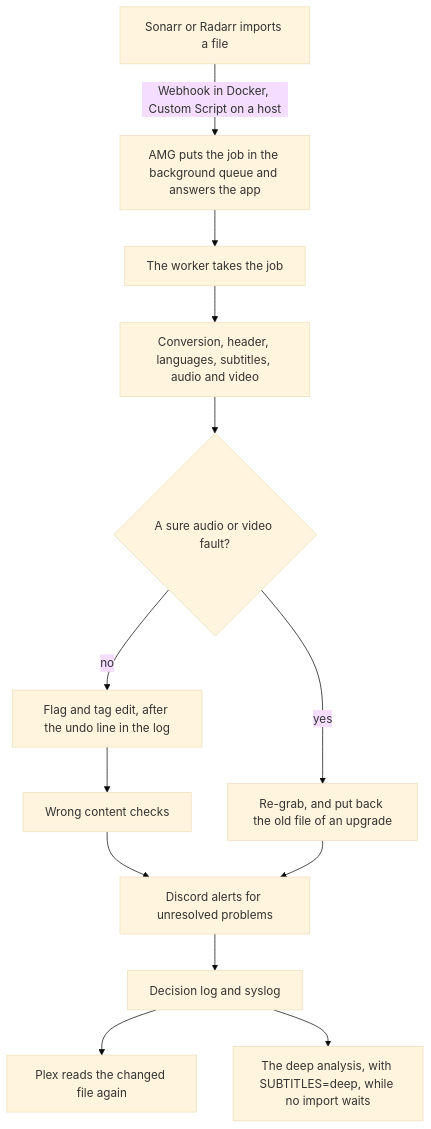
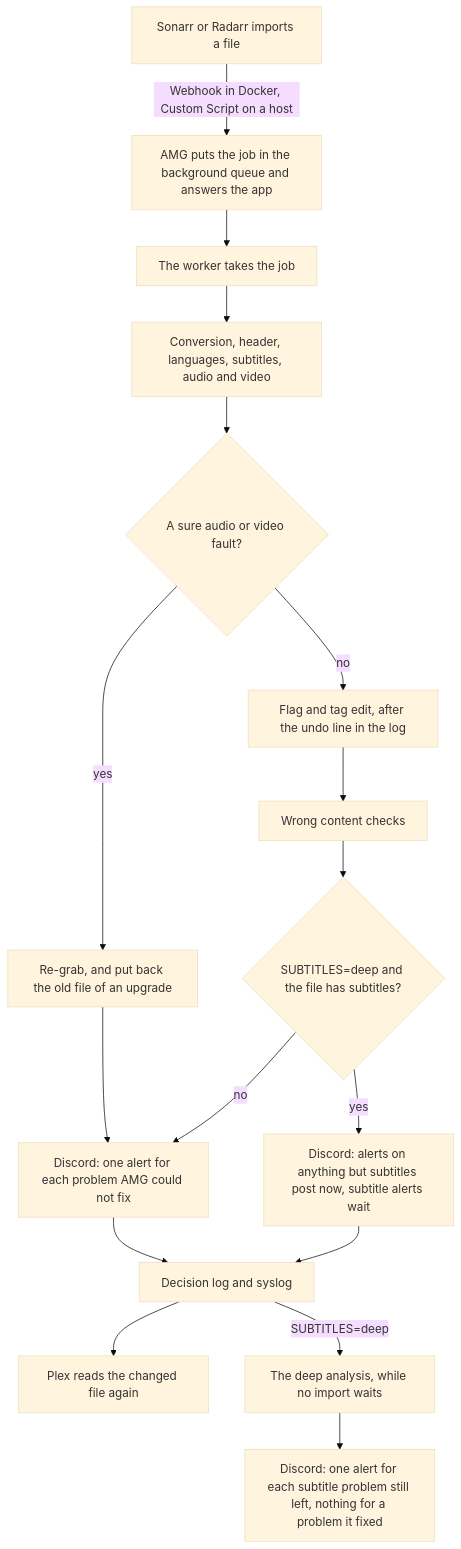
The diagram in docs/how-it-works.md (samwiseg0/arr-media-guard), drawn with Mermaid (base theme) before and after one commit. The commit also changed other lines of this file and 9 other files, not shown here.

First line of the commit message:
Release 2.5.1: one alert per problem under SUBTITLES=deep

````diff
--- a/docs/how-it-works.md
+++ b/docs/how-it-works.md
@@ -22,16 +22,20 @@
 ```mermaid
 flowchart TD
     app["Sonarr or Radarr imports a file"]
     app -->|"Webhook in Docker, Custom Script on a host"| queue["AMG puts the job in the background queue and answers the app"]
     queue --> worker["The worker takes the job"]
     worker --> checks["Conversion, header, languages, subtitles, audio and video"]
     checks --> fault{"A sure audio or video fault?"}
     fault -->|"yes"| regrab["Re-grab, and put back the old file of an upgrade"]
     fault -->|"no"| edit["Flag and tag edit, after the undo line in the log"]
     edit --> content["Wrong content checks"]
-    content --> alerts["Discord alerts for unresolved problems"]
+    content --> follows{"SUBTITLES=deep and the file has subtitles?"}
+    follows -->|"no"| alerts["Discord: one alert for each problem AMG could not fix"]
+    follows -->|"yes"| hold["Discord: alerts on anything but subtitles post now, subtitle alerts wait"]
     regrab --> alerts
     alerts --> log["Decision log and syslog"]
+    hold --> log
     log --> plex["Plex reads the changed file again"]
-    log --> deep["The deep analysis, with SUBTITLES=deep, while no import waits"]
+    log -->|"SUBTITLES=deep"| deep["The deep analysis, while no import waits"]
+    deep --> deepalert["Discord: one alert for each subtitle problem still left, nothing for a problem it fixed"]
 ```
````
